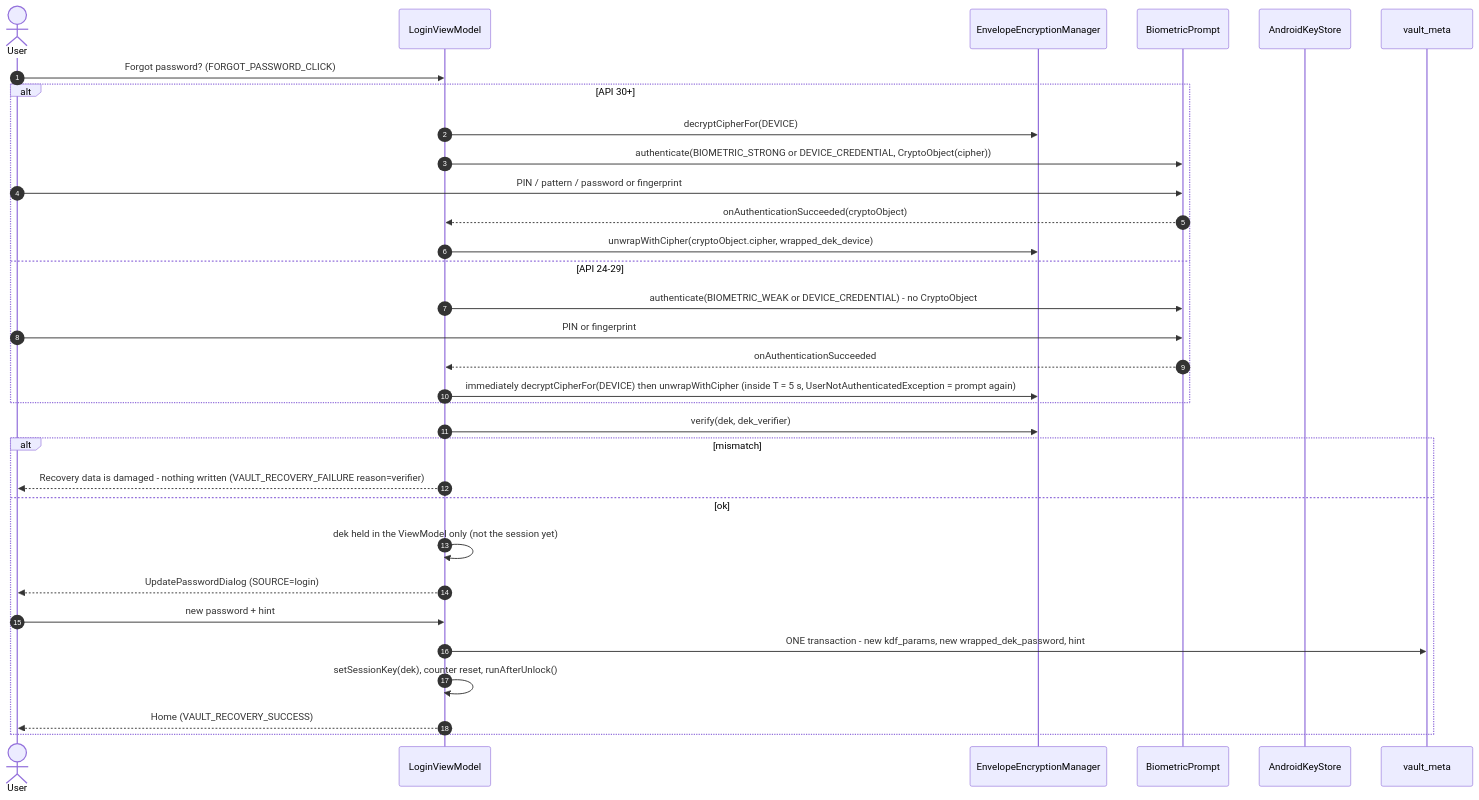
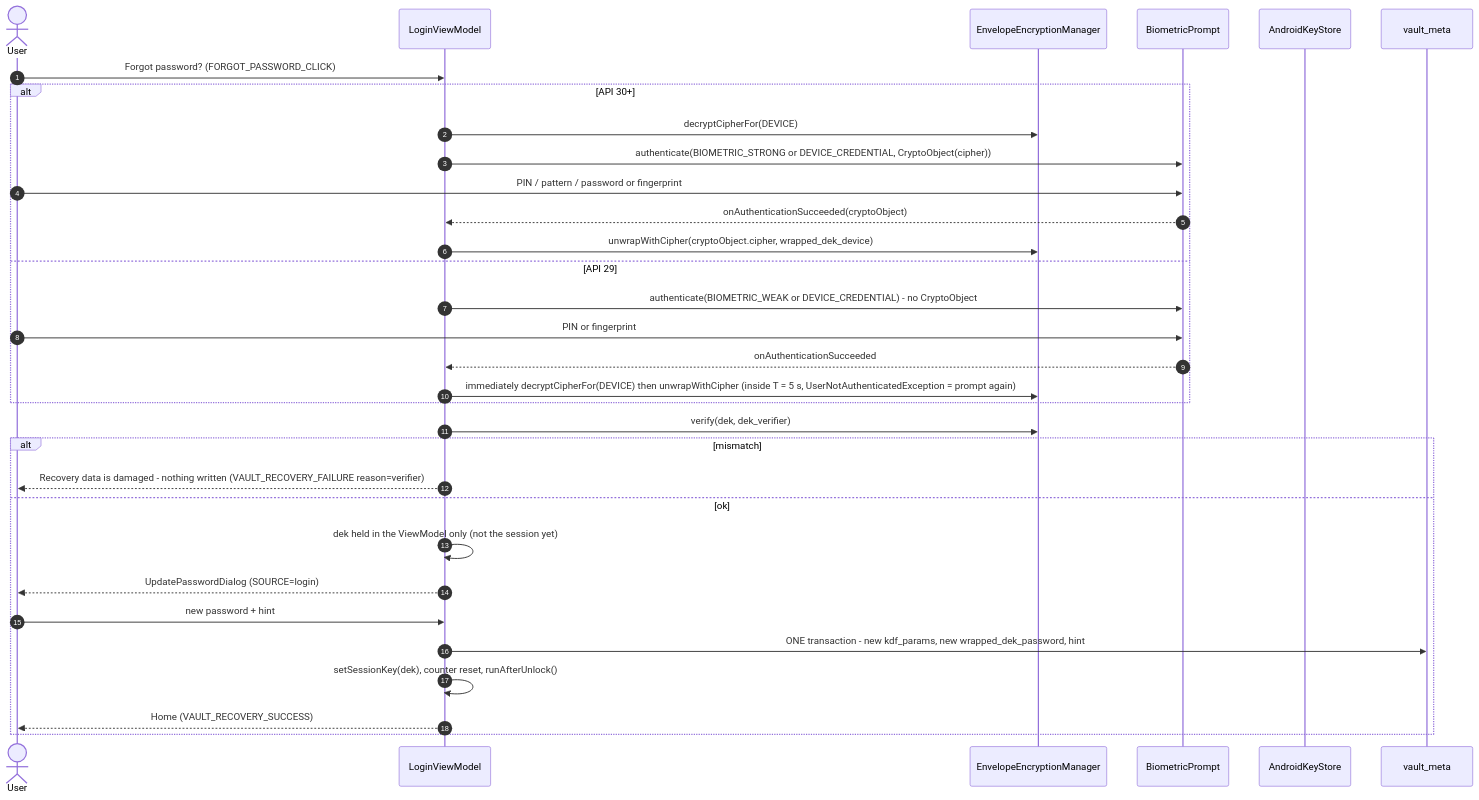
One commit to Ni3verma/Safe-Box changed diagram 12 of 23 in docs/design/envelope-encryption.md. Above: the diagram before and after it, drawn with Mermaid. The commit also changed other lines of this file and 19 other files, not shown here.

````diff
--- a/docs/design/envelope-encryption.md
+++ b/docs/design/envelope-encryption.md
@@ -732,34 +730,34 @@
 ```mermaid
 sequenceDiagram
     autonumber
     actor U as User
     participant VM as LoginViewModel
     participant Env as EnvelopeEncryptionManager
     participant BP as BiometricPrompt
     participant KS as AndroidKeyStore
     participant DB as vault_meta
     U->>VM: Forgot password? (FORGOT_PASSWORD_CLICK)
     alt API 30+
         VM->>Env: decryptCipherFor(DEVICE)
         VM->>BP: authenticate(BIOMETRIC_STRONG or DEVICE_CREDENTIAL, CryptoObject(cipher))
         U->>BP: PIN / pattern / password or fingerprint
         BP-->>VM: onAuthenticationSucceeded(cryptoObject)
         VM->>Env: unwrapWithCipher(cryptoObject.cipher, wrapped_dek_device)
-    else API 24-29
+    else API 29
         VM->>BP: authenticate(BIOMETRIC_WEAK or DEVICE_CREDENTIAL) - no CryptoObject
         U->>BP: PIN or fingerprint
         BP-->>VM: onAuthenticationSucceeded
         VM->>Env: immediately decryptCipherFor(DEVICE) then unwrapWithCipher (inside T = 5 s, UserNotAuthenticatedException = prompt again)
     end
     VM->>Env: verify(dek, dek_verifier)
     alt mismatch
         VM-->>U: Recovery data is damaged - nothing written (VAULT_RECOVERY_FAILURE reason=verifier)
     else ok
         VM->>VM: dek held in the ViewModel only (not the session yet)
         VM-->>U: UpdatePasswordDialog (SOURCE=login)
         U->>VM: new password + hint
         VM->>DB: ONE transaction - new kdf_params, new wrapped_dek_password, hint
         VM->>VM: setSessionKey(dek), counter reset, runAfterUnlock()
         VM-->>U: Home (VAULT_RECOVERY_SUCCESS)
     end
 ```
````
